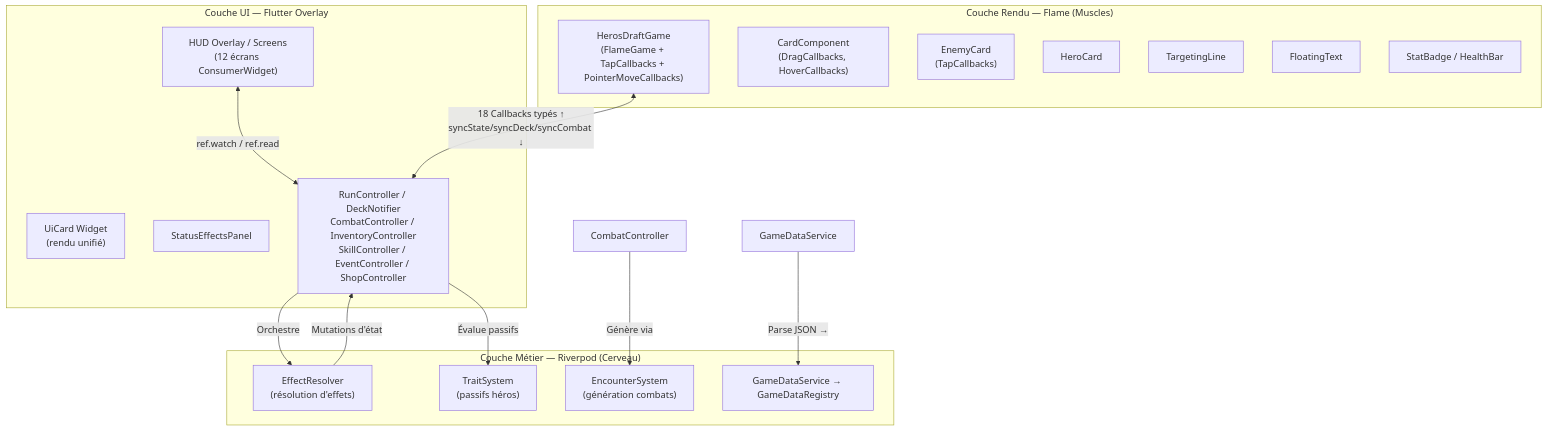
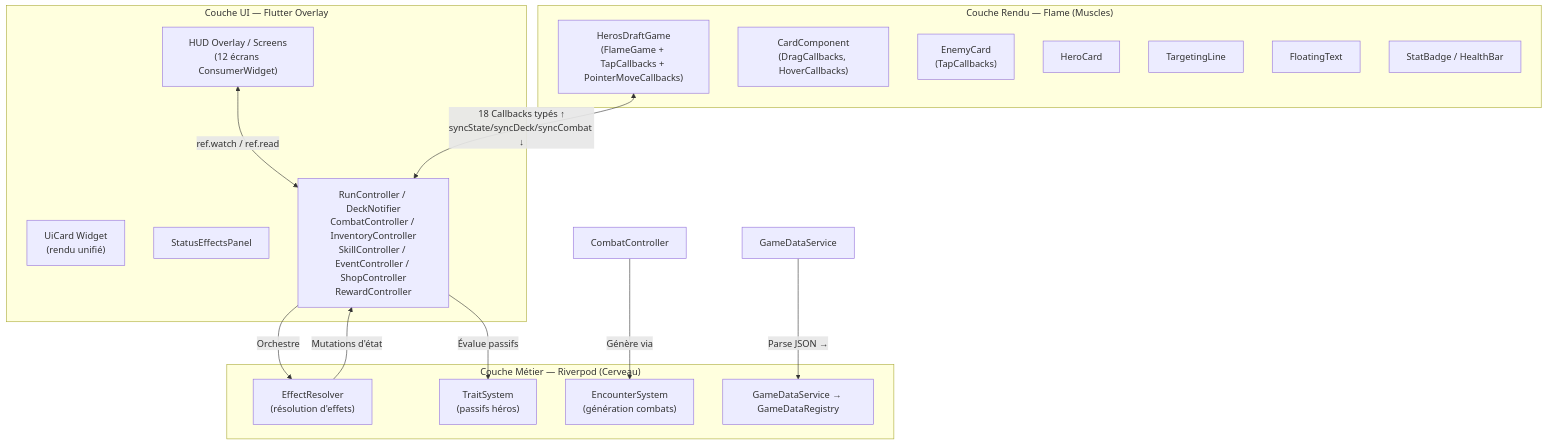
Before and after one commit to Hex-Umbra/hero-s-draft: the first of 4 diagrams in .obsidian_vault/_memory_bank/systemPatterns.md, drawn with Mermaid. The commit also changed other lines of this file and 14 other files, not shown here.

````diff
--- a/.obsidian_vault/_memory_bank/systemPatterns.md
+++ b/.obsidian_vault/_memory_bank/systemPatterns.md
@@ -11,34 +11,34 @@
 ```mermaid
 graph TD
     subgraph "Couche UI — Flutter Overlay"
         UI["HUD Overlay / Screens<br/>(12 écrans ConsumerWidget)"]
         UiCard["UiCard Widget<br/>(rendu unifié)"]
         StatusPanel["StatusEffectsPanel"]
         UI <-->|"ref.watch / ref.read"| RVP
     end
 
     subgraph "Couche Métier — Riverpod (Cerveau)"
-        RVP["RunController / DeckNotifier<br/>CombatController / InventoryController<br/>SkillController / EventController / ShopController"]
+        RVP["RunController / DeckNotifier<br/>CombatController / InventoryController<br/>SkillController / EventController / ShopController<br/>RewardController"]
         ER["EffectResolver<br/>(résolution d'effets)"]
         TS["TraitSystem<br/>(passifs héros)"]
         ES["EncounterSystem<br/>(génération combats)"]
         GD["GameDataService → GameDataRegistry"]
     end
 
     subgraph "Couche Rendu — Flame (Muscles)"
         Game["HerosDraftGame<br/>(FlameGame + TapCallbacks + PointerMoveCallbacks)"]
         CardComp["CardComponent<br/>(DragCallbacks, HoverCallbacks)"]
         EnemyComp["EnemyCard<br/>(TapCallbacks)"]
         HeroComp["HeroCard"]
         TargetLine["TargetingLine"]
         FloatText["FloatingText"]
         StatBdg["StatBadge / HealthBar"]
     end
 
     RVP -->|"Orchestre"| ER
     RVP -->|"Évalue passifs"| TS
     CombatCtrl["CombatController"] -->|"Génère via"| ES
     GameDataService -->|"Parse JSON →"| GD
     ER -->|"Mutations d'état"| RVP
     Game <-->|"18 Callbacks typés ↑<br/>syncState/syncDeck/syncCombat ↓"| RVP
 ```
````
